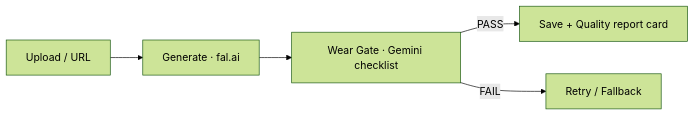
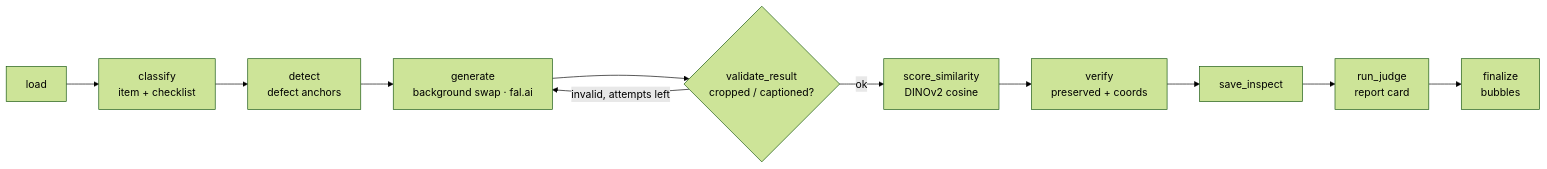
The diagram in Readme.md (cha0620/Carret-App), drawn with Mermaid (forest theme) before and after one commit. The commit also changed other lines of this file and 1 other file, not shown here.

````diff
--- a/Readme.md
+++ b/Readme.md
@@ -20,7 +32,13 @@
 ```mermaid
 flowchart LR
-  A[Upload / URL] --> B[Generate · fal.ai]
-  B --> C[Wear Gate · Gemini checklist]
-  C -->|PASS| D[Save + Quality report card]
-  C -->|FAIL| E[Retry / Fallback]
+  L[load] --> C[classify<br/>item + checklist]
+  C --> D[detect<br/>defect anchors]
+  D --> G[generate<br/>background swap · fal.ai]
+  G --> V{validate_result<br/>cropped / captioned?}
+  V -->|invalid, attempts left| G
+  V -->|ok| S[score_similarity<br/>DINOv2 cosine]
+  S --> VR[verify<br/>preserved + coords]
+  VR --> I[save_inspect]
+  I --> J[run_judge<br/>report card]
+  J --> F[finalize<br/>bubbles]
 ```
````
